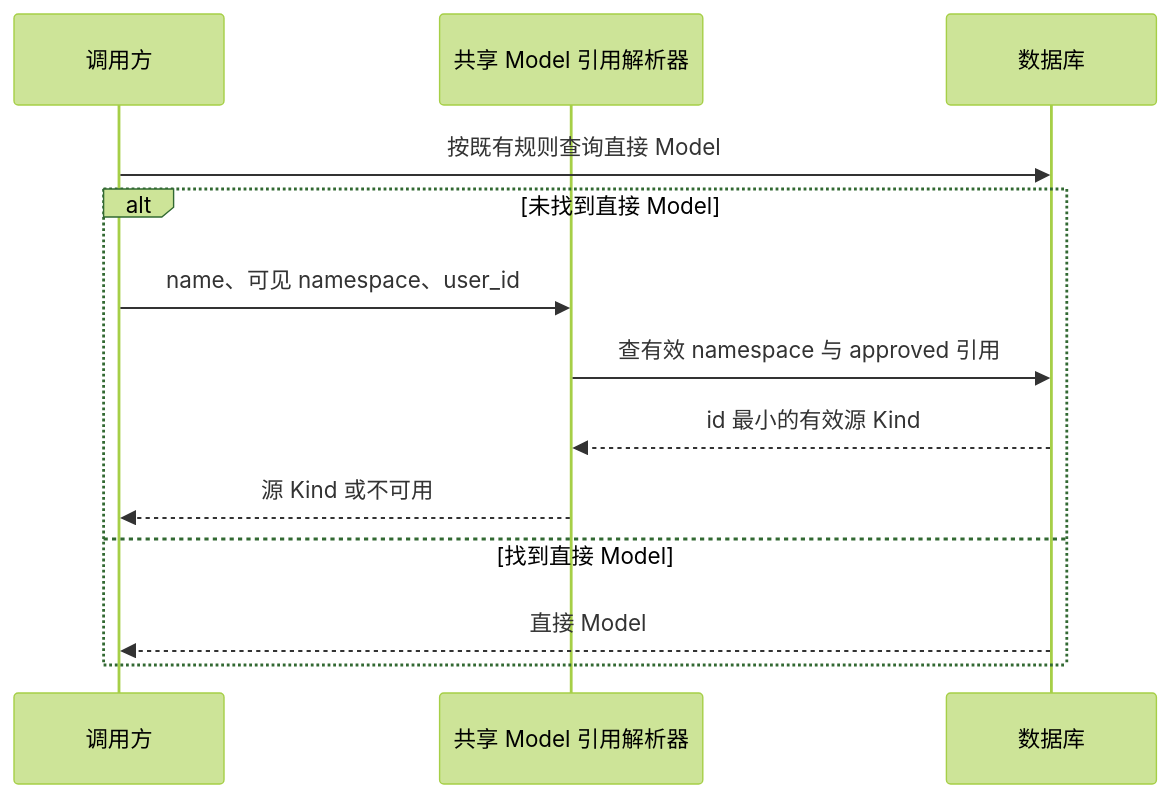
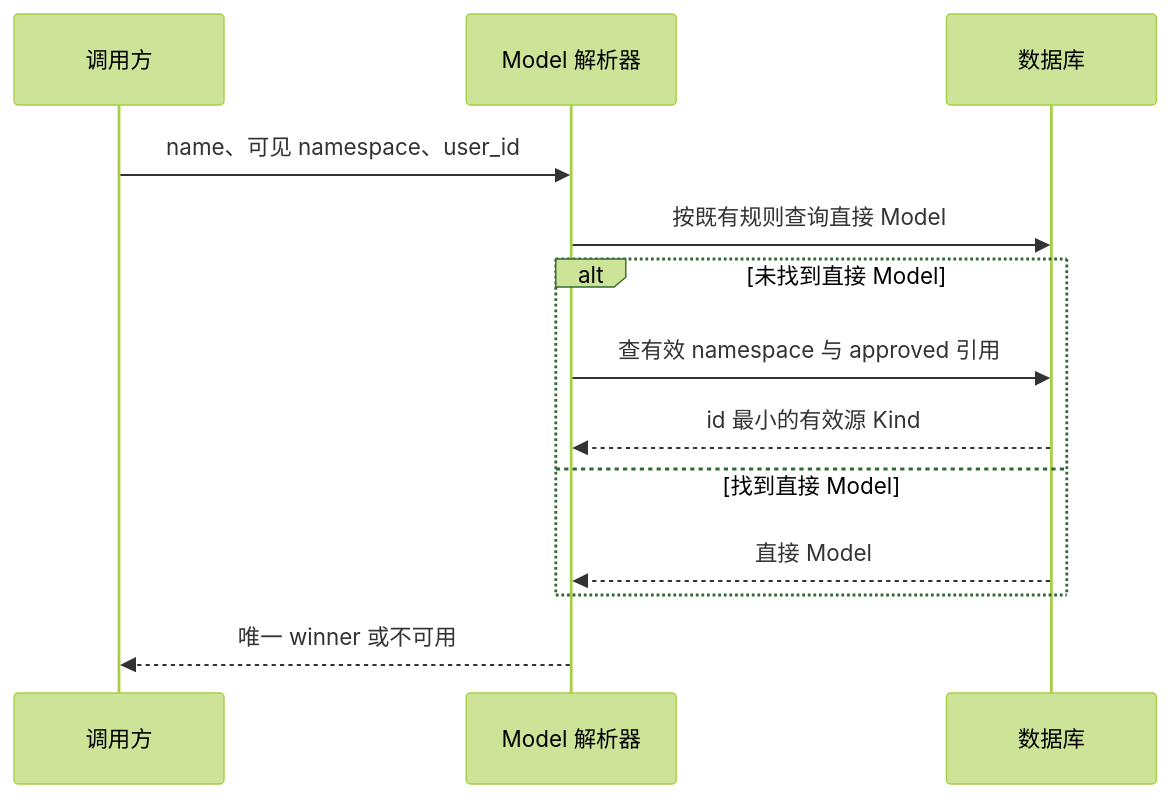
One commit to wecode-ai/Wegent changed the second of 2 diagrams in docs/zh/architecture/capability-reference-resolution.md. Above: the diagram before and after it, drawn with Mermaid (forest theme). The commit also changed other lines of this file and 12 other files, not shown here.

````diff
--- a/docs/zh/architecture/capability-reference-resolution.md
+++ b/docs/zh/architecture/capability-reference-resolution.md
@@ -25,15 +30,15 @@
 ```mermaid
 sequenceDiagram
     participant C as 调用方
-    participant R as 共享 Model 引用解析器
+    participant R as Model 解析器
     participant DB as 数据库
-    C->>DB: 按既有规则查询直接 Model
+    C->>R: name、可见 namespace、user_id
+    R->>DB: 按既有规则查询直接 Model
     alt 未找到直接 Model
-        C->>R: name、可见 namespace、user_id
         R->>DB: 查有效 namespace 与 approved 引用
         DB-->>R: id 最小的有效源 Kind
-        R-->>C: 源 Kind 或不可用
     else 找到直接 Model
-        DB-->>C: 直接 Model
+        DB-->>R: 直接 Model
     end
+    R-->>C: 唯一 winner 或不可用
 ```
````
